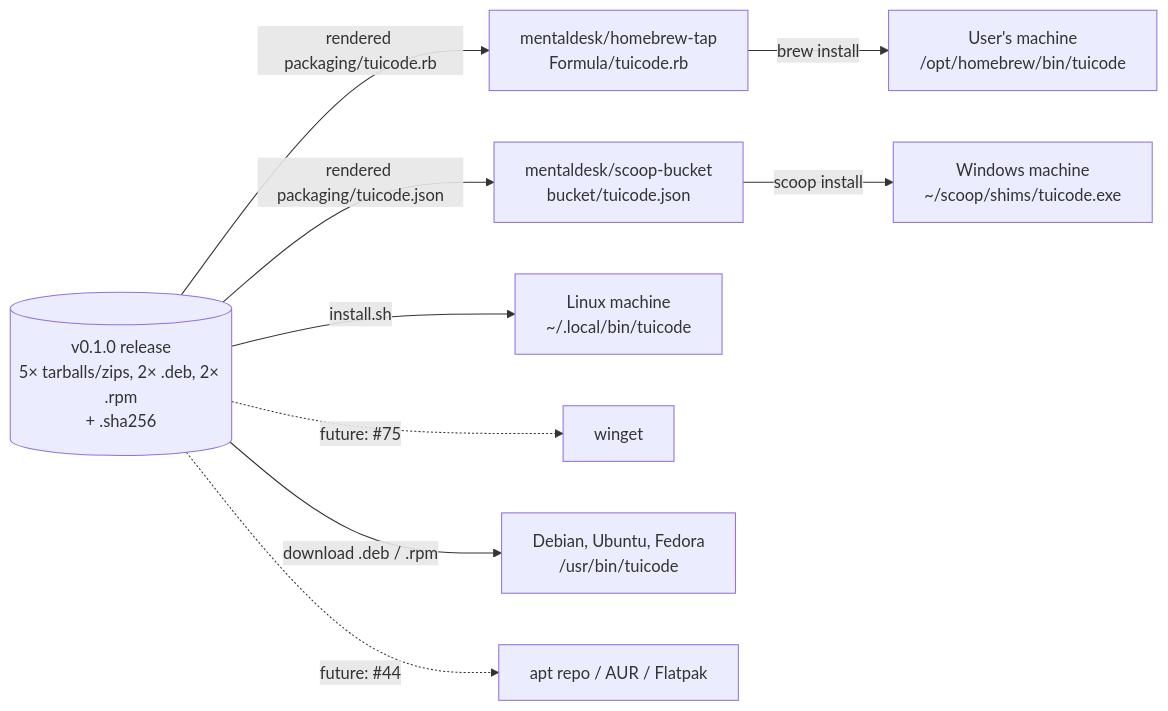
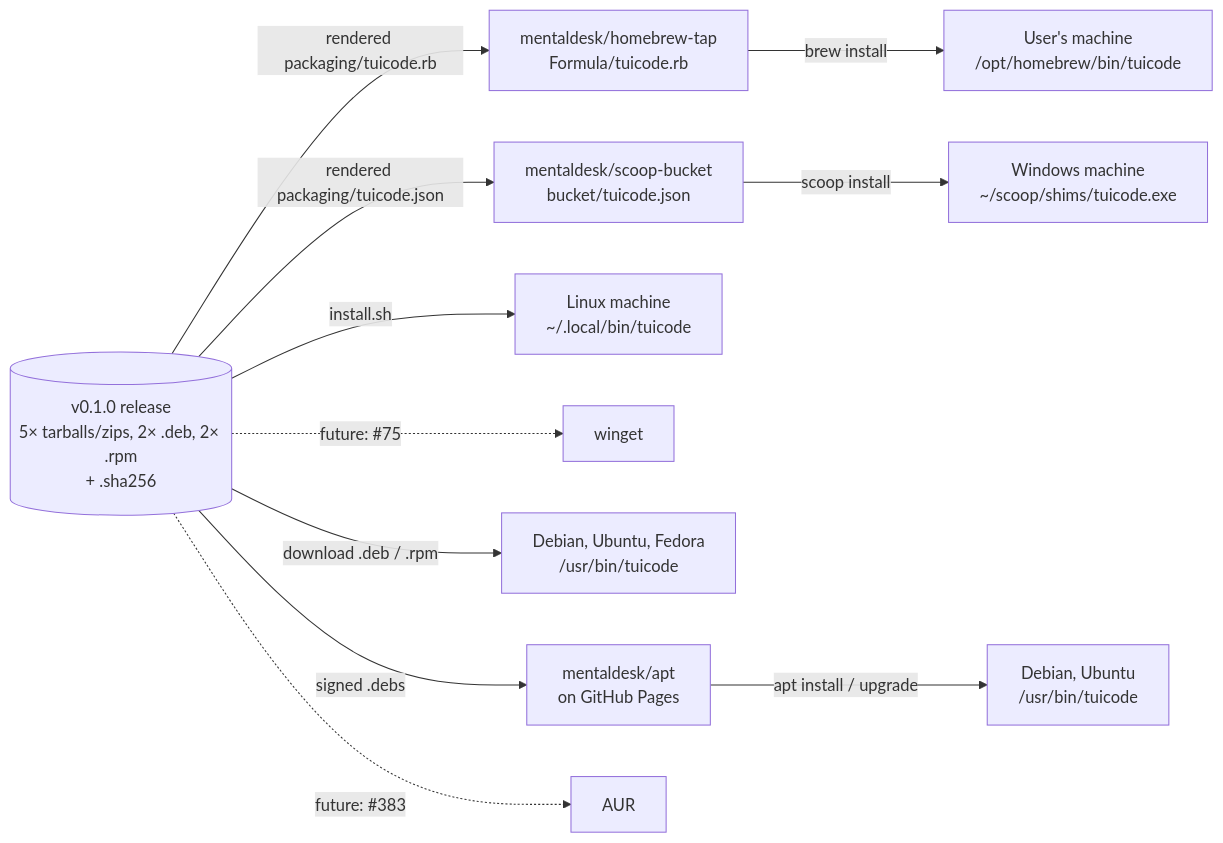
One commit to mentaldesk/TuiCode changed the second of 2 diagrams in CONTRIBUTING.md. Above: the diagram before and after it, drawn with Mermaid. The commit also changed other lines of this file and 4 other files, not shown here.

First line of the commit message:
apt upgrade keeps TuiCode up to date from a signed apt repository (#590)

````diff
--- a/CONTRIBUTING.md
+++ b/CONTRIBUTING.md
@@ -88,15 +98,17 @@
 ```mermaid
 flowchart LR
     Release[("v0.1.0 release<br/>5× tarballs/zips, 2× .deb, 2× .rpm<br/>+ .sha256")]
     Release -->|"rendered packaging/tuicode.rb"| Tap["mentaldesk/homebrew-tap<br/>Formula/tuicode.rb"]
     Tap -->|brew install| User["User's machine<br/>/opt/homebrew/bin/tuicode"]
 
     Release -->|"rendered packaging/tuicode.json"| Bucket["mentaldesk/scoop-bucket<br/>bucket/tuicode.json"]
     Bucket -->|scoop install| Win["Windows machine<br/>~/scoop/shims/tuicode.exe"]
 
     Release -->|install.sh| Script["Linux machine<br/>~/.local/bin/tuicode"]
 
     Release -.->|future: #75| Winget["winget"]
     Release -->|"download .deb / .rpm"| Linux["Debian, Ubuntu, Fedora<br/>/usr/bin/tuicode"]
-    Release -.->|future: #44| LinuxRepos["apt repo / AUR / Flatpak"]
+    Release -->|"signed .debs"| Apt["mentaldesk/apt<br/>on GitHub Pages"]
+    Apt -->|apt install / upgrade| AptUser["Debian, Ubuntu<br/>/usr/bin/tuicode"]
+    Release -.->|future: #383| LinuxRepos["AUR"]
 ```
````
